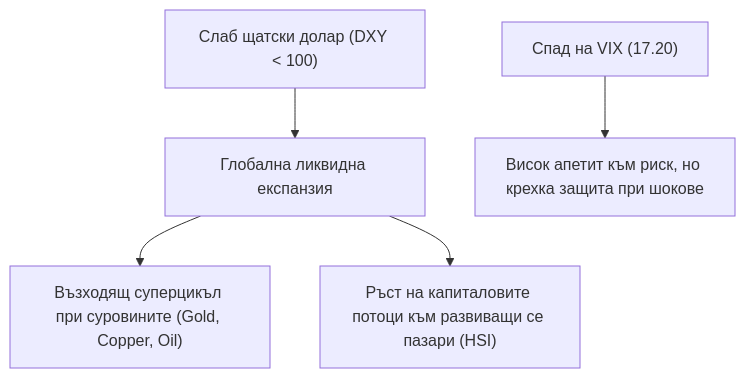
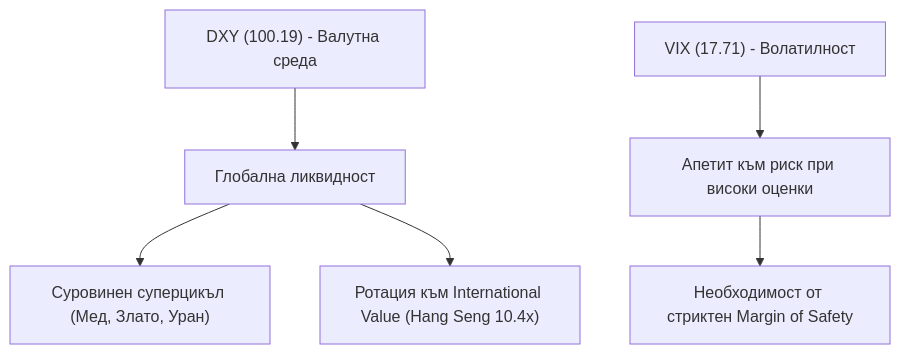
One commit to TodorIPetrov/larsson-scanner changed the diagram in research/MACRO_AND_INDICES_MEMO.md. Above: the diagram before and after it, drawn with Mermaid. The commit also changed other lines of this file and 358 other files, not shown here.

````diff
--- a/research/MACRO_AND_INDICES_MEMO.md
+++ b/research/MACRO_AND_INDICES_MEMO.md
@@ -28,7 +29,8 @@
 ```mermaid
 graph TD
-    A["Слаб щатски долар (DXY < 100)"] --> B["Глобална ликвидна експанзия"]
-    B --> C["Възходящ суперцикъл при суровините (Gold, Copper, Oil)"]
-    B --> D["Ръст на капиталовите потоци към развиващи се пазари (HSI)"]
-    E["Спад на VIX (17.20)"] --> F["Висок апетит към риск, но крехка защита при шокове"]
+    A["DXY (100.19) - Валутна среда"] --> B["Глобална ликвидност"]
+    B --> C["Суровинен суперцикъл (Мед, Злато, Уран)"]
+    B --> D["Ротация към International Value (Hang Seng 10.4x)"]
+    E["VIX (17.71) - Волатилност"] --> F["Апетит към риск при високи оценки"]
+    F --> G["Необходимост от стриктен Margin of Safety"]
 ```
````
